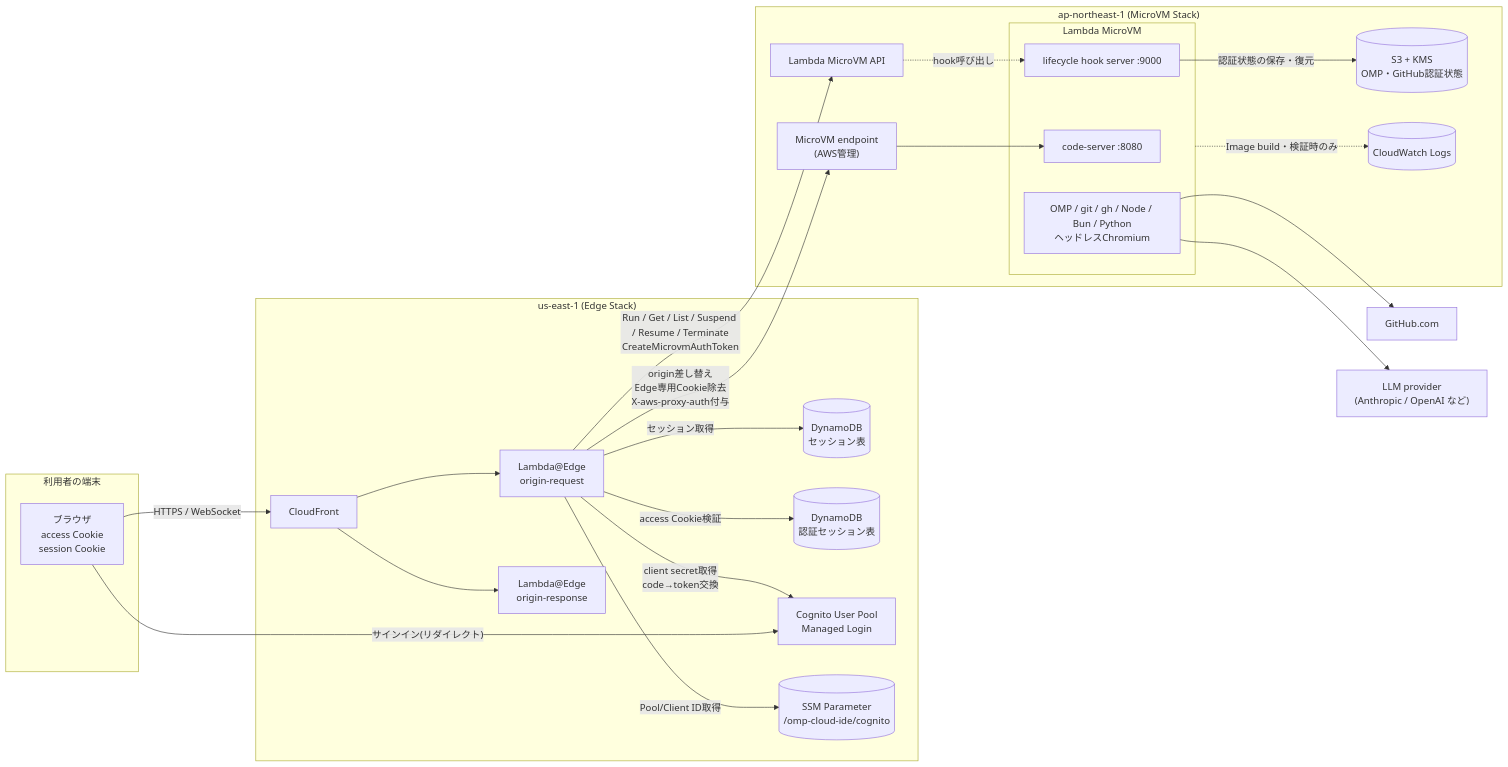
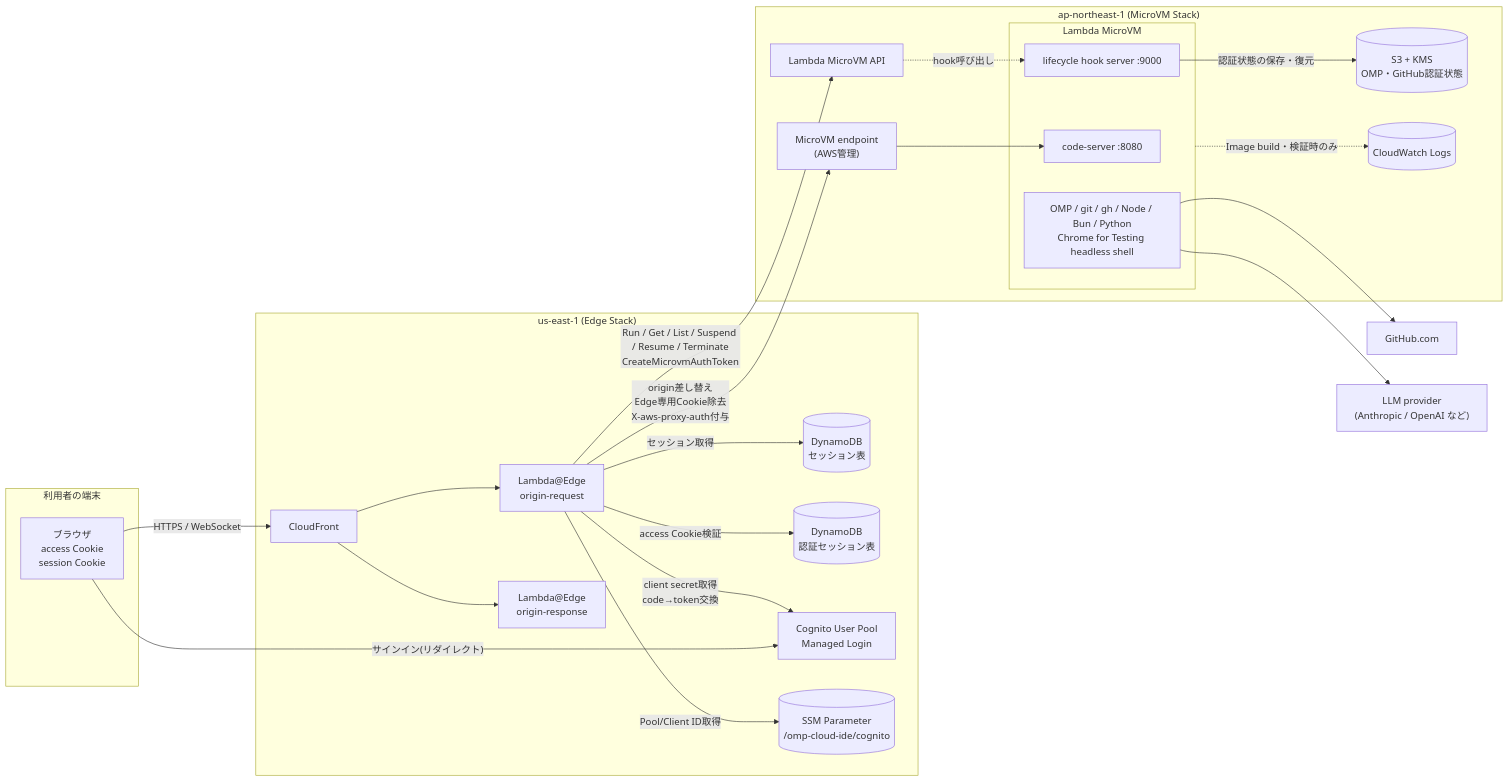
One commit to har1101/lambda-microvm-webapp changed the first of 7 diagrams in docs/architecture-and-design.md. Above: the diagram before and after it, drawn with Mermaid. The commit also changed other lines of this file and 8 other files, not shown here.

First line of the commit message:
Use Chrome for Testing headless shell and warn about unpushed Git work

````diff
--- a/docs/architecture-and-design.md
+++ b/docs/architecture-and-design.md
@@ -95,48 +95,48 @@
 ```mermaid
 flowchart LR
     subgraph User["利用者の端末"]
         B["ブラウザ<br/>access Cookie<br/>session Cookie"]
     end
 
     subgraph USE1["us-east-1 (Edge Stack)"]
         CF["CloudFront"]
         ORQ["Lambda@Edge<br/>origin-request"]
         ORS["Lambda@Edge<br/>origin-response"]
         DDB[("DynamoDB<br/>セッション表")]
         ADB[("DynamoDB<br/>認証セッション表")]
         COG["Cognito User Pool<br/>Managed Login"]
         SSM[("SSM Parameter<br/>/omp-cloud-ide/cognito")]
     end
 
     subgraph APNE1["ap-northeast-1 (MicroVM Stack)"]
         EP["MicroVM endpoint<br/>(AWS管理)"]
         subgraph VM["Lambda MicroVM"]
             CS["code-server :8080"]
             HK["lifecycle hook server :9000"]
-            TOOLS["OMP / git / gh / Node / Bun / Python<br/>ヘッドレスChromium"]
+            TOOLS["OMP / git / gh / Node / Bun / Python<br/>Chrome for Testing headless shell"]
         end
         S3[("S3 + KMS<br/>OMP・GitHub認証状態")]
         CWL[("CloudWatch Logs")]
         API["Lambda MicroVM API"]
     end
 
     GH["GitHub.com"]
     LLM["LLM provider<br/>(Anthropic / OpenAI など)"]
 
     B -- "HTTPS / WebSocket" --> CF
     CF --> ORQ
     B -- "サインイン(リダイレクト)" --> COG
     ORQ -- "access Cookie検証" --> ADB
     ORQ -- "セッション取得" --> DDB
     ORQ -- "Pool/Client ID取得" --> SSM
     ORQ -- "client secret取得<br/>code→token交換" --> COG
     ORQ -- "Run / Get / List / Suspend / Resume / Terminate<br/>CreateMicrovmAuthToken" --> API
     ORQ -- "origin差し替え<br/>Edge専用Cookie除去<br/>X-aws-proxy-auth付与" --> EP
     EP --> CS
     CF --> ORS
     API -. "hook呼び出し" .-> HK
     HK -- "認証状態の保存・復元" --> S3
     VM -. "Image build・検証時のみ" .-> CWL
     TOOLS --> GH
     TOOLS --> LLM
 ```
````
